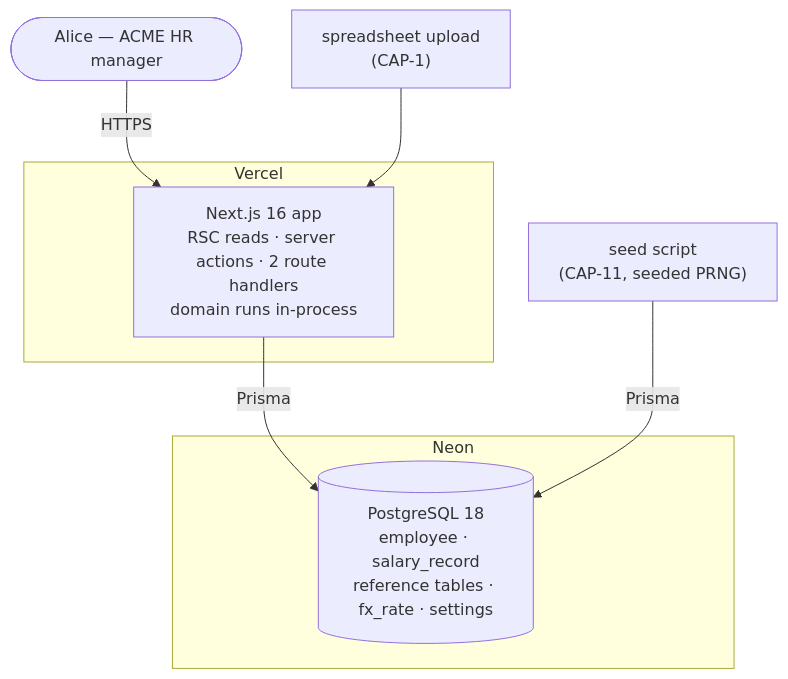
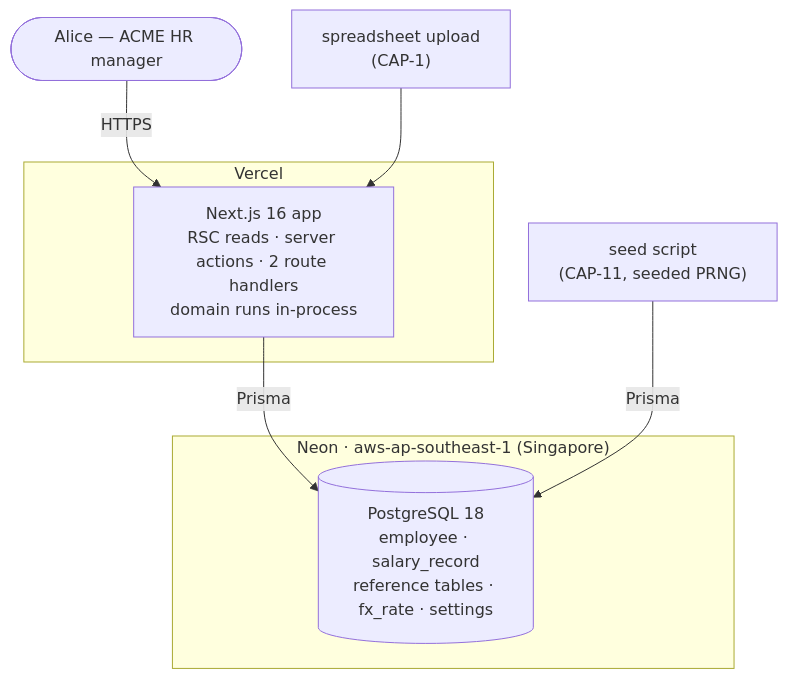
Before and after one commit to oremono/payroll: the second of 3 diagrams in docs/planning-artifacts/architecture/architecture-payroll-2026-07-17/ARCHITECTURE-SPINE.md, drawn with Mermaid. The commit also changed other lines of this file and 3 other files, not shown here.

First line of the commit message:
docs: pin Neon region to Singapore (aws-ap-southeast-1)

````diff
--- a/docs/planning-artifacts/architecture/architecture-payroll-2026-07-17/ARCHITECTURE-SPINE.md
+++ b/docs/planning-artifacts/architecture/architecture-payroll-2026-07-17/ARCHITECTURE-SPINE.md
@@ -223,16 +223,16 @@
 ```mermaid
 graph TB
   Alice(["Alice — ACME HR manager"])
   subgraph Vercel
     NEXT["Next.js 16 app<br/>RSC reads · server actions · 2 route handlers<br/>domain runs in-process"]
   end
-  subgraph Neon
+  subgraph Neon["Neon · aws-ap-southeast-1 (Singapore)"]
     PG[("PostgreSQL 18<br/>employee · salary_record<br/>reference tables · fx_rate · settings")]
   end
   SEED["seed script<br/>(CAP-11, seeded PRNG)"]
   CSV["spreadsheet upload<br/>(CAP-1)"]
   Alice -->|HTTPS| NEXT
   CSV --> NEXT
   NEXT -->|Prisma| PG
   SEED -->|Prisma| PG
 ```
````
